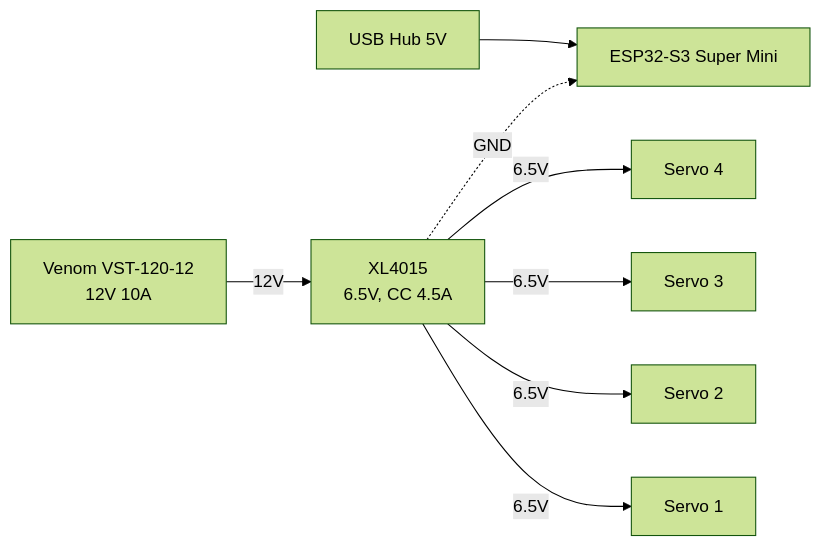
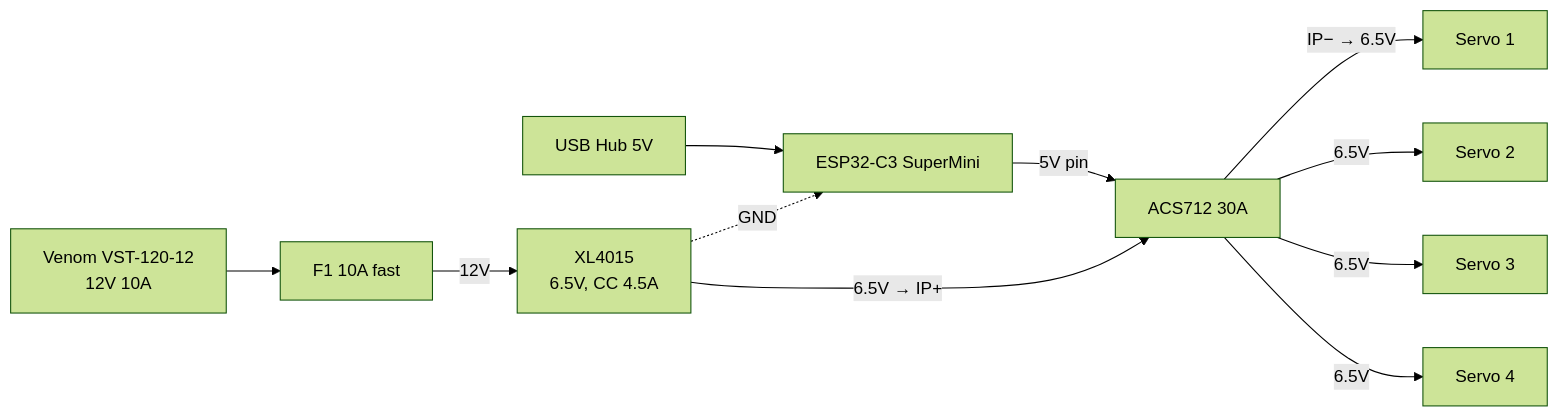
The seventh of 8 diagrams in electronics/ELECTRONICS.md (dark-neonus/Cleany_AI_Trash_Sorting_Robot), drawn with Mermaid (forest theme) before and after one commit. The commit also changed other lines of this file and 1 other file, not shown here.

Commit message:
feat: fix esp32 wrong model and add pinout

````diff
--- a/electronics/ELECTRONICS.md
+++ b/electronics/ELECTRONICS.md
@@ -230,10 +298,12 @@
 ```mermaid
 flowchart LR
-    HUB[USB Hub 5V] --> ESP[ESP32-S3 Super Mini]
-    PSU12[Venom VST-120-12<br/>12V 10A] -->|12V| BUCK[XL4015<br/>6.5V, CC 4.5A]
-    BUCK -->|6.5V| D1[Servo 1]
-    BUCK -->|6.5V| D2[Servo 2]
-    BUCK -->|6.5V| D3[Servo 3]
-    BUCK -->|6.5V| D4[Servo 4]
+    HUB[USB Hub 5V] --> ESP[ESP32-C3 SuperMini]
+    ESP -->|5V pin| ACS
+    PSU12[Venom VST-120-12<br/>12V 10A] --> F1[F1 10A fast] -->|12V| BUCK[XL4015<br/>6.5V, CC 4.5A]
+    BUCK -->|6.5V → IP+| ACS[ACS712 30A]
+    ACS -->|IP− → 6.5V| D1[Servo 1]
+    ACS -->|6.5V| D2[Servo 2]
+    ACS -->|6.5V| D3[Servo 3]
+    ACS -->|6.5V| D4[Servo 4]
     BUCK -.->|GND| ESP
 ```
````
